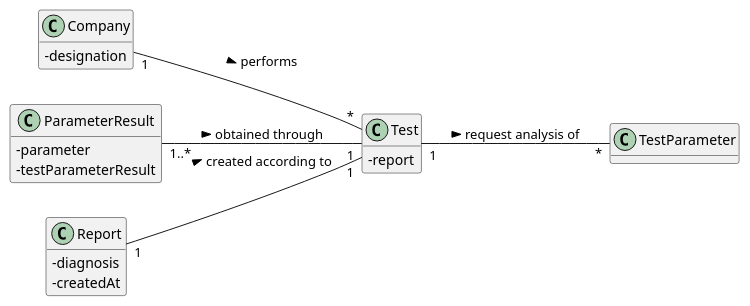
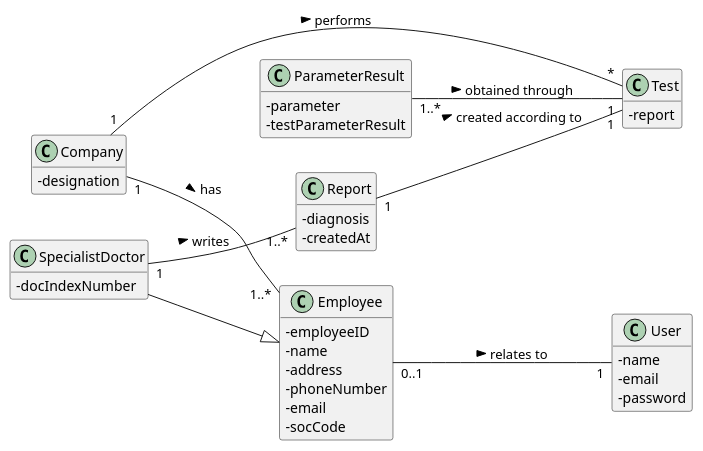
One commit to Pedromaia26/LAPR2-ISEP changed the diagram in docs/SprintC/US14_MakeDiagnosisWriteReport/US014_MD.puml. Above: the diagram before and after it, drawn with PlantUML. The commit also changed 2 other files, not shown here.

```diff
--- a/docs/SprintC/US14_MakeDiagnosisWriteReport/US014_MD.puml
+++ b/docs/SprintC/US14_MakeDiagnosisWriteReport/US014_MD.puml
@@ -1,30 +1,52 @@
 @startuml
 hide methods
 left to right direction
 skinparam classAttributeIconSize 0
 
 
 class Company {
   -designation
 }
 
 class Test {
   -report
 }
 
 class ParameterResult {
   -parameter
   -testParameterResult
 }
 
 class Report {
   -diagnosis
   -createdAt
 }
 
+class SpecialistDoctor {
+  -docIndexNumber
+}
+
+class Employee {
+  -employeeID
+  -name
+  -address
+  -phoneNumber
+  -email
+  -socCode
+}
+
+class User{
+  -name
+  -email
+  -password
+}
+
 Company "1" -- "*" Test : performs  >
-Test "1" -- "*" TestParameter : request analysis of >
 Report "1" -- "1" Test : created according to >
 ParameterResult "1..*" -- "1" Test : obtained through >
+SpecialistDoctor --|> Employee
+Company "1" -- "1..*" Employee : has >
+SpecialistDoctor "1" -- "1..*" Report : writes >
+Employee "0..1" -- "1" User: relates to >
 
 @enduml
```
